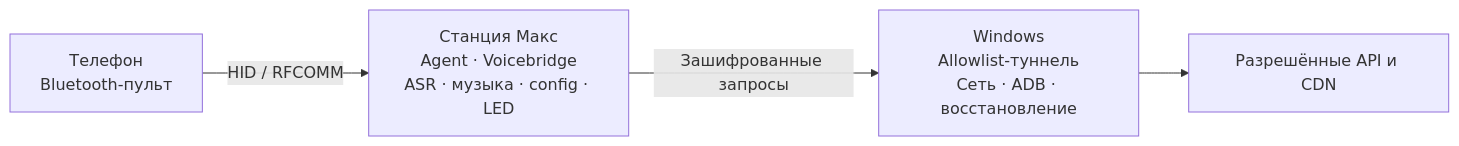
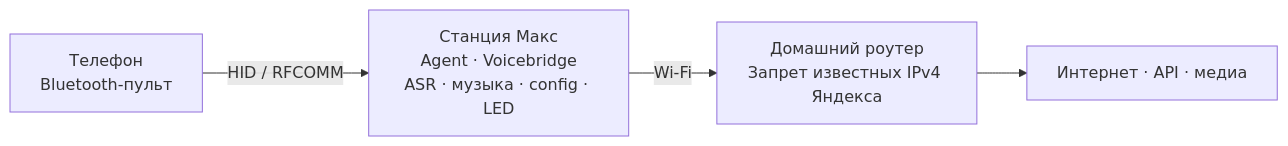
One commit to B-a-t-0-n/station-suite changed the diagram in README.md. Above: the diagram before and after it, drawn with Mermaid. The commit also changed other lines of this file and 6 other files, not shown here.

````diff
--- a/README.md
+++ b/README.md
@@ -45,6 +45,6 @@
 ```mermaid
 flowchart LR
     P["Телефон\nBluetooth-пульт"] -->|HID / RFCOMM| S["Станция Макс\nAgent · Voicebridge\nASR · музыка · config · LED"]
-    S -->|"Зашифрованные запросы"| W["Windows\nAllowlist-туннель\nСеть · ADB · восстановление"]
-    W --> C["Разрешённые API и CDN"]
+    S -->|Wi-Fi| R["Домашний роутер\nЗапрет известных IPv4 Яндекса"]
+    R --> C["Интернет · API · медиа"]
 ```
````
